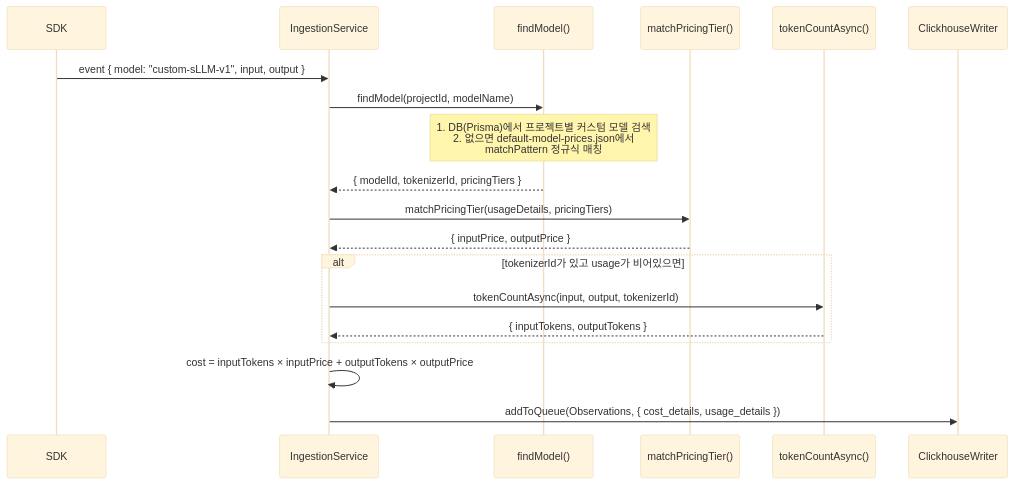
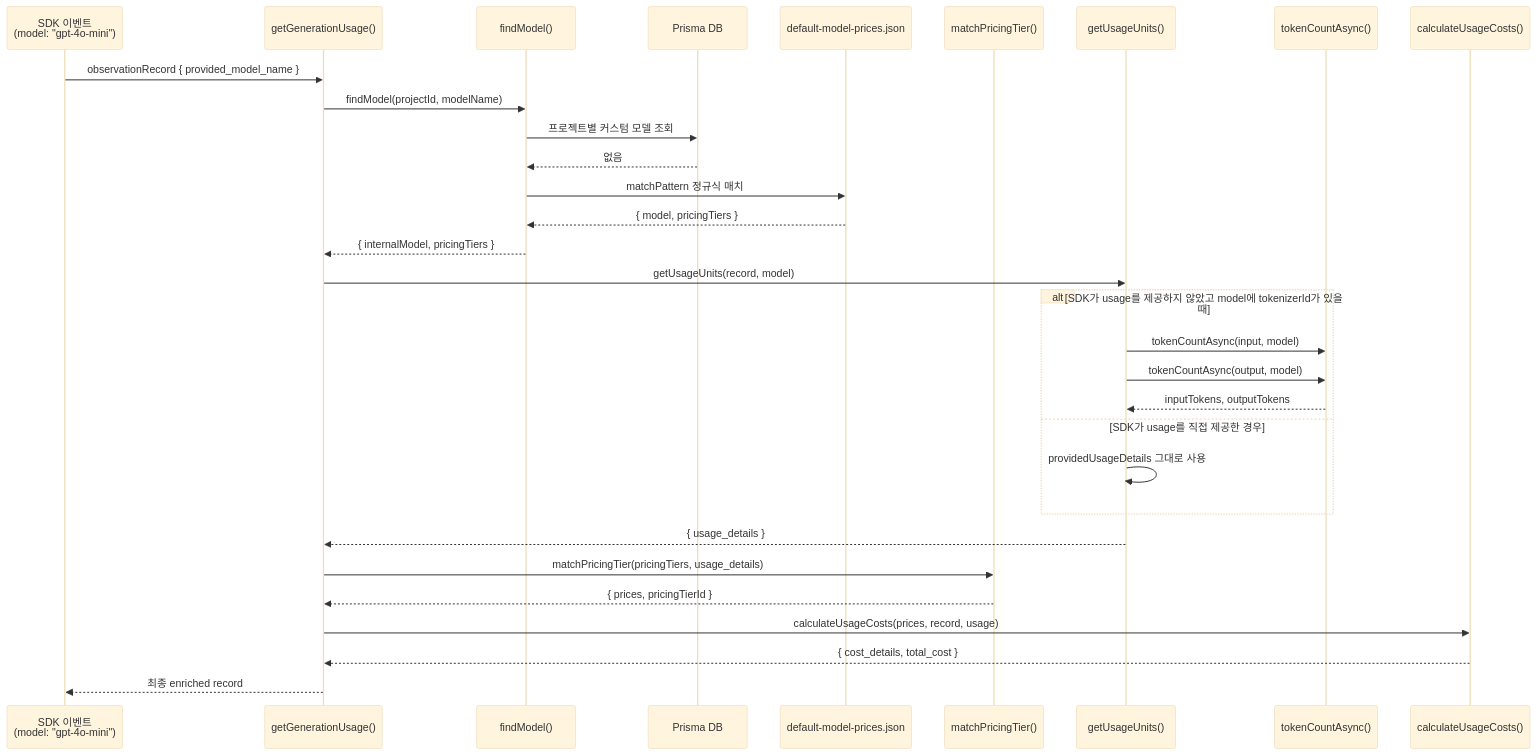
Before and after one commit to dhs-shine/langfuse: the fourth of 7 diagrams in docs/50-source-analysis/13-customization-source-breakdown.md, drawn with Mermaid (base theme). The commit also changed other lines of this file and 3 other files, not shown here.

Commit message:
docs: update source analysis documentation for worker, query, customization, and ingestion modules

````diff
--- a/docs/50-source-analysis/13-customization-source-breakdown.md
+++ b/docs/50-source-analysis/13-customization-source-breakdown.md
@@ -18,27 +174,40 @@
 ```mermaid
 sequenceDiagram
-    participant SDK
-    participant Worker as IngestionService
-    participant Model as findModel()
-    participant Pricing as matchPricingTier()
+    participant Event as SDK 이벤트<br/>(model: "gpt-4o-mini")
+    participant GU as getGenerationUsage()
+    participant FM as findModel()
+    participant Prisma as Prisma DB
+    participant JSON as default-model-prices.json
+    participant MPT as matchPricingTier()
+    participant GUU as getUsageUnits()
     participant Token as tokenCountAsync()
-    participant CH as ClickhouseWriter
+    participant Calc as calculateUsageCosts()
 
-    SDK->>Worker: event { model: "custom-sLLM-v1", input, output }
+    Event->>GU: observationRecord { provided_model_name }
 
-    Worker->>Model: findModel(projectId, modelName)
-    Note over Model: 1. DB(Prisma)에서 프로젝트별 커스텀 모델 검색<br/>2. 없으면 default-model-prices.json에서<br/>matchPattern 정규식 매칭
+    GU->>FM: findModel(projectId, modelName)
+    FM->>Prisma: 프로젝트별 커스텀 모델 조회
+    Prisma-->>FM: 없음
 
-    Model-->>Worker: { modelId, tokenizerId, pricingTiers }
+    FM->>JSON: matchPattern 정규식 매치
+    JSON-->>FM: { model, pricingTiers }
+    FM-->>GU: { internalModel, pricingTiers }
 
-    Worker->>Pricing: matchPricingTier(usageDetails, pricingTiers)
-    Pricing-->>Worker: { inputPrice, outputPrice }
+    GU->>GUU: getUsageUnits(record, model)
+    alt SDK가 usage를 제공하지 않았고 model에 tokenizerId가 있을 때
+        GUU->>Token: tokenCountAsync(input, model)
+        GUU->>Token: tokenCountAsync(output, model)
+        Token-->>GUU: inputTokens, outputTokens
+    else SDK가 usage를 직접 제공한 경우
+        GUU->>GUU: providedUsageDetails 그대로 사용
+    end
+    GUU-->>GU: { usage_details }
 
-    alt tokenizerId가 있고 usage가 비어있으면
-        Worker->>Token: tokenCountAsync(input, output, tokenizerId)
-        Token-->>Worker: { inputTokens, outputTokens }
-    end
+    GU->>MPT: matchPricingTier(pricingTiers, usage_details)
+    MPT-->>GU: { prices, pricingTierId }
 
-    Worker->>Worker: cost = inputTokens × inputPrice + outputTokens × outputPrice
-    Worker->>CH: addToQueue(Observations, { cost_details, usage_details })
+    GU->>Calc: calculateUsageCosts(prices, record, usage)
+    Calc-->>GU: { cost_details, total_cost }
+
+    GU-->>Event: 최종 enriched record
 ```
````
